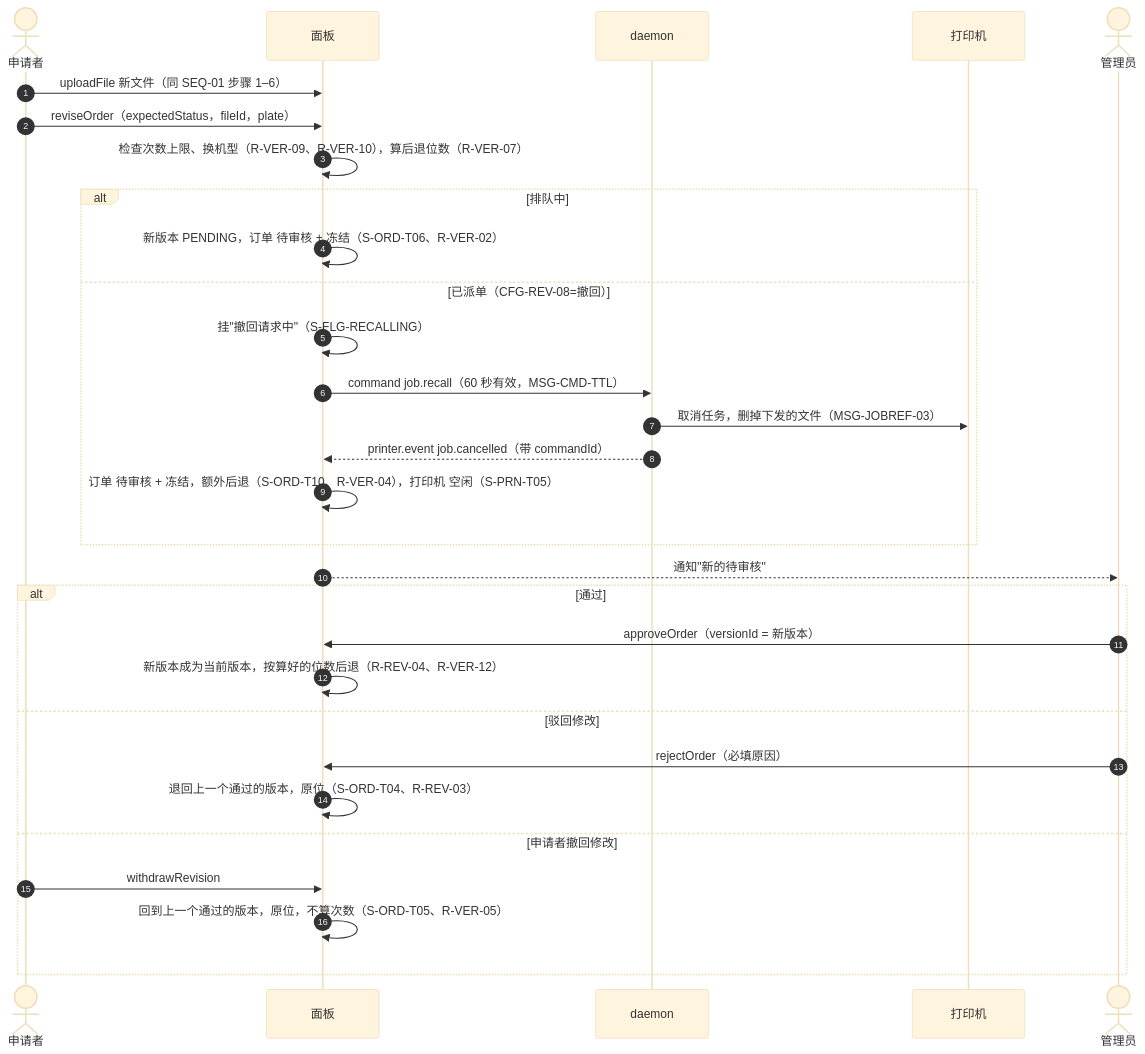
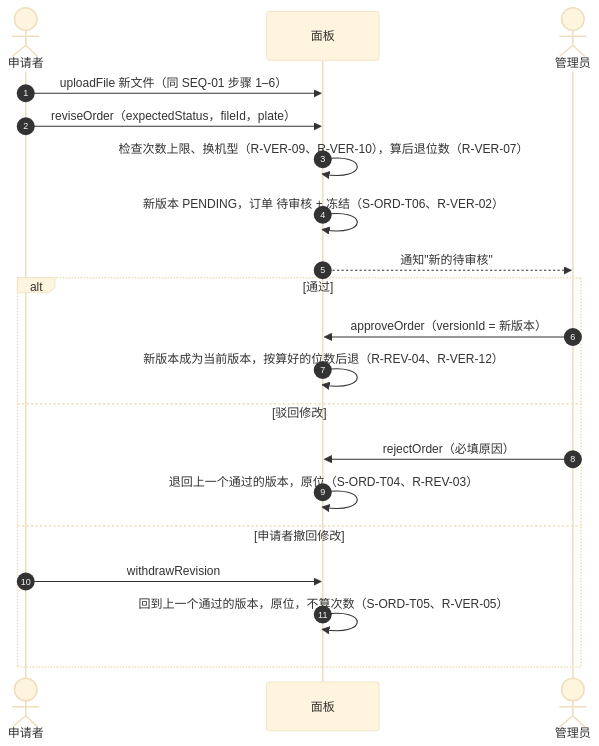
Before and after one commit to PlateRelay/PlateRelay: the second of 11 diagrams in docs/design/03-sequences.md, drawn with Mermaid (base theme). The commit also changed other lines of this file, not shown here.

First line of the commit message:
docs(design): align sequences with command lock and trace-reconcile decisions

````diff
--- a/docs/design/03-sequences.md
+++ b/docs/design/03-sequences.md
@@ -81,32 +81,22 @@
 ```mermaid
 sequenceDiagram
   autonumber
   actor A as 申请者
   participant P as 面板
-  participant D as daemon
-  participant R as 打印机
   actor M as 管理员
   A->>P: uploadFile 新文件（同 SEQ-01 步骤 1–6）
   A->>P: reviseOrder（expectedStatus，fileId，plate）
   P->>P: 检查次数上限、换机型（R-VER-09、R-VER-10），算后退位数（R-VER-07）
-  alt 排队中
-    P->>P: 新版本 PENDING，订单 待审核 + 冻结（S-ORD-T06、R-VER-02）
-  else 已派单（CFG-REV-08=撤回）
-    P->>P: 挂"撤回请求中"（S-FLG-RECALLING）
-    P->>D: command job.recall（60 秒有效，MSG-CMD-TTL）
-    D->>R: 取消任务，删掉下发的文件（MSG-JOBREF-03）
-    D-->>P: printer.event job.cancelled（带 commandId）
-    P->>P: 订单 待审核 + 冻结，额外后退（S-ORD-T10、R-VER-04），打印机 空闲（S-PRN-T05）
-  end
+  P->>P: 新版本 PENDING，订单 待审核 + 冻结（S-ORD-T06、R-VER-02）
   P-->>M: 通知"新的待审核"
   alt 通过
     M->>P: approveOrder（versionId = 新版本）
     P->>P: 新版本成为当前版本，按算好的位数后退（R-REV-04、R-VER-12）
   else 驳回修改
     M->>P: rejectOrder（必填原因）
     P->>P: 退回上一个通过的版本，原位（S-ORD-T04、R-REV-03）
   else 申请者撤回修改
     A->>P: withdrawRevision
     P->>P: 回到上一个通过的版本，原位，不算次数（S-ORD-T05、R-VER-05）
   end
 ```
````
